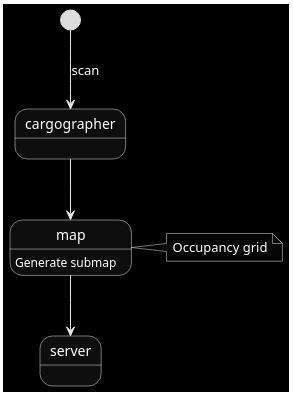
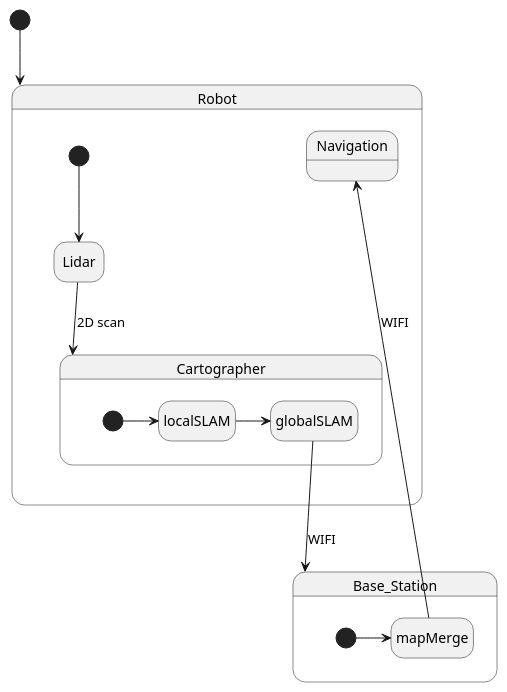
One commit to D7039E-E7032E/Project-Report changed the diagram in Robot UML/robot.plantuml. Above: the diagram before and after it, drawn with PlantUML. The commit also changed 1 other file, not shown here.

Commit message:
Edited data UML
Made some changes in data process UML

```diff
--- a/Robot UML/robot.plantuml
+++ b/Robot UML/robot.plantuml
@@ -1,17 +1,31 @@
 @startuml
+hide empty description
+'https://google-cartographer-ros.readthedocs.io/en/latest/algo_walkthrough.html'    
+'https://youtu.be/IH_n9bfy-nM?t=958'
+skinparam Monochrome true
+
+[*] --> Robot
+state Robot {
+    [*] --> Lidar
+    Lidar --> Cartographer : 2D scan
+    state Cartographer {
+        [*] -> localSLAM
+        localSLAM -> globalSLAM
+    }
+    state Navigation {
+
+    }
 
 
-'https://google-cartographer-ros.readthedocs.io/en/latest/algo_walkthrough.html'    
-'https://youtu.be/IH_n9bfy-nM?t=958'
-skinparam monochrome reverse
+    
+}
 
-[*] --> cargographer : scan
-cargographer --> map
-map : Generate submap
-map --> server
+globalSLAM --> Base_Station : WIFI
 
-note right of map 
-    Occupancy grid
-end note
+state Base_Station {
+    [*] -> mapMerge
+    mapMerge --> Navigation : WIFI
+}
+
 
 @enduml
```
